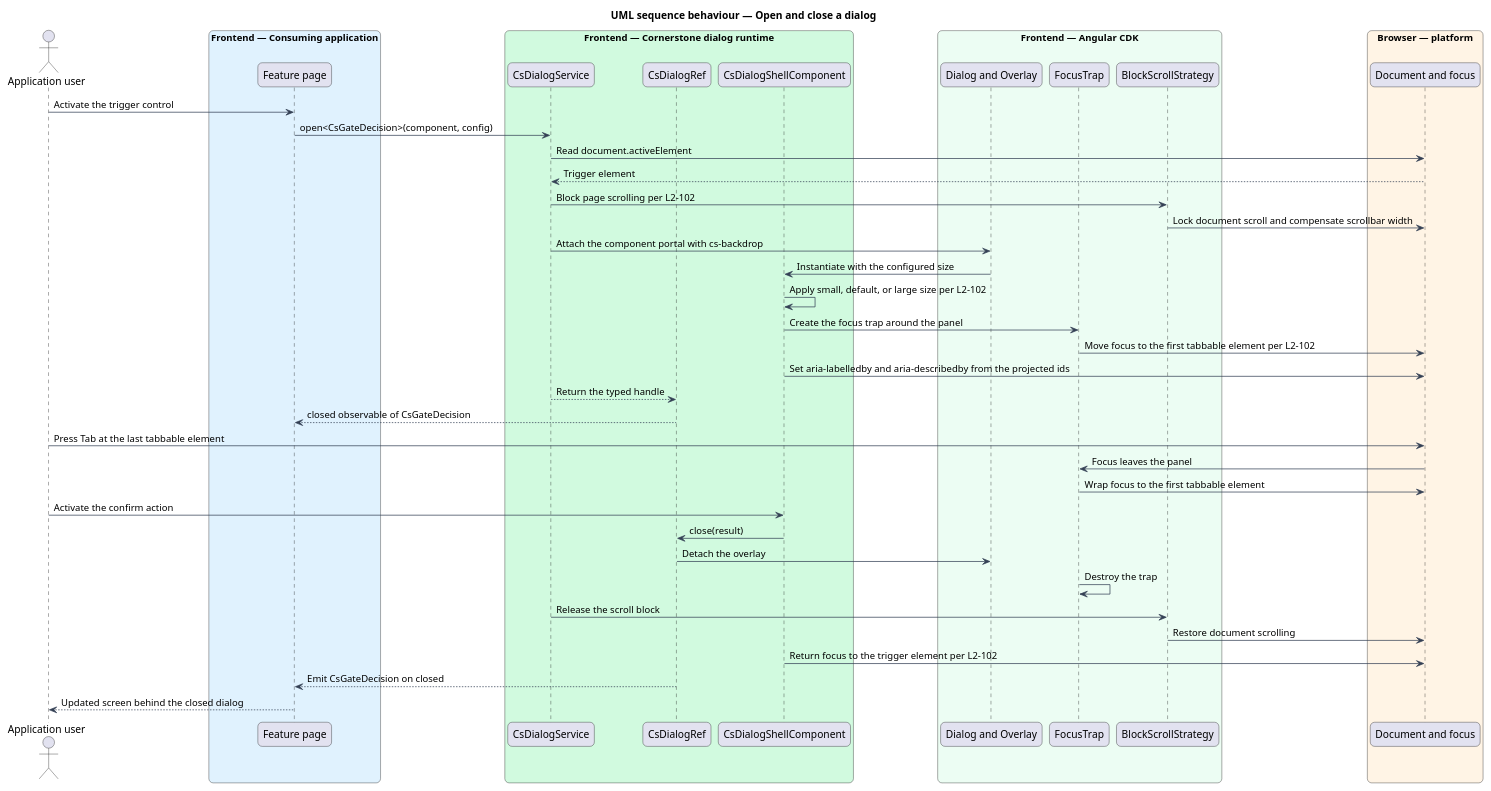
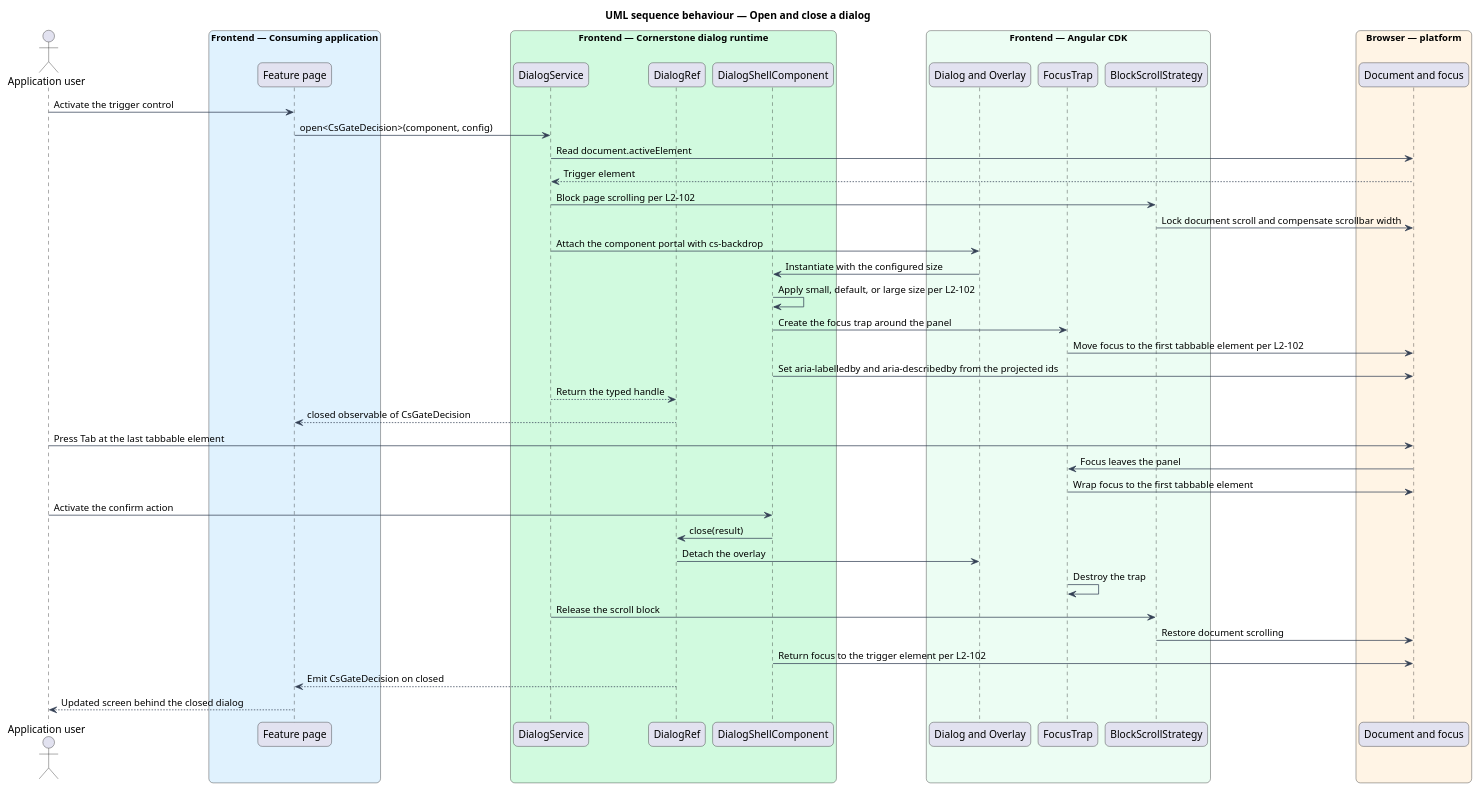
The diagram in docs/detailed-designs/overlays/open-a-dialog/diagrams/sequence-open-dialog.puml (QuinntyneBrown/Cornerstone), drawn with PlantUML before and after one commit. The commit also changed 1743 other files, not shown here.

```diff
--- a/docs/detailed-designs/overlays/open-a-dialog/diagrams/sequence-open-dialog.puml
+++ b/docs/detailed-designs/overlays/open-a-dialog/diagrams/sequence-open-dialog.puml
@@ -1,63 +1,63 @@
 @startuml
 title UML sequence behaviour — Open and close a dialog
 skinparam backgroundColor #FFFFFF
 skinparam shadowing false
 skinparam roundcorner 12
 skinparam defaultFontName Arial
 skinparam ArrowColor #344054
 skinparam rectangle {
   BorderColor #344054
   FontColor #101828
 }
 skinparam package {
   BorderColor #667085
   FontColor #101828
   BackgroundColor #F9FAFB
 }
 actor "Application user" as user
 box "Frontend — Consuming application" #E0F2FE
   participant "Feature page" as page
 end box
 box "Frontend — Cornerstone dialog runtime" #D1FADF
-  participant "CsDialogService" as service
-  participant "CsDialogRef" as ref
-  participant "CsDialogShellComponent" as shell
+  participant "DialogService" as service
+  participant "DialogRef" as ref
+  participant "DialogShellComponent" as shell
 end box
 box "Frontend — Angular CDK" #ECFDF3
   participant "Dialog and Overlay" as cdk
   participant "FocusTrap" as trap
   participant "BlockScrollStrategy" as scroll
 end box
 box "Browser — platform" #FFF4E5
   participant "Document and focus" as browser
 end box
 
 user -> page : Activate the trigger control
 page -> service : open<CsGateDecision>(component, config)
 service -> browser : Read document.activeElement
 browser --> service : Trigger element
 service -> scroll : Block page scrolling per L2-102
 scroll -> browser : Lock document scroll and compensate scrollbar width
 service -> cdk : Attach the component portal with cs-backdrop
 cdk -> shell : Instantiate with the configured size
 shell -> shell : Apply small, default, or large size per L2-102
 shell -> trap : Create the focus trap around the panel
 trap -> browser : Move focus to the first tabbable element per L2-102
 shell -> browser : Set aria-labelledby and aria-describedby from the projected ids
 service --> ref : Return the typed handle
 ref --> page : closed observable of CsGateDecision
 
 user -> browser : Press Tab at the last tabbable element
 browser -> trap : Focus leaves the panel
 trap -> browser : Wrap focus to the first tabbable element
 
 user -> shell : Activate the confirm action
 shell -> ref : close(result)
 ref -> cdk : Detach the overlay
 trap -> trap : Destroy the trap
 service -> scroll : Release the scroll block
 scroll -> browser : Restore document scrolling
 shell -> browser : Return focus to the trigger element per L2-102
 ref --> page : Emit CsGateDecision on closed
 page --> user : Updated screen behind the closed dialog
 @enduml
```
